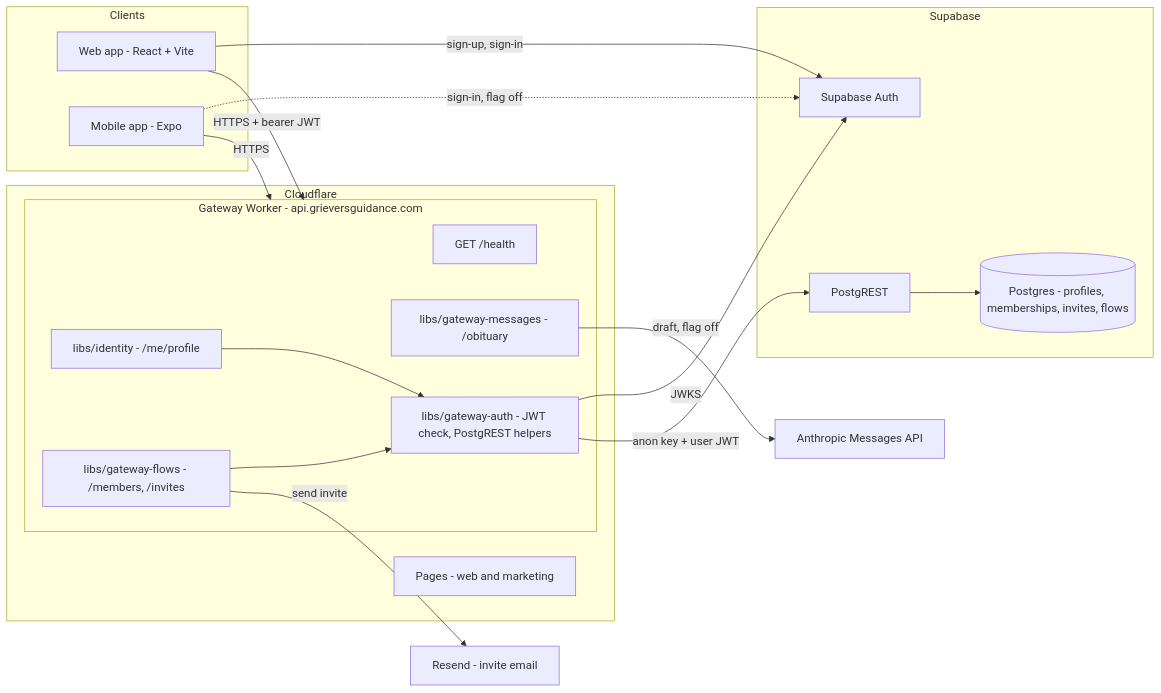
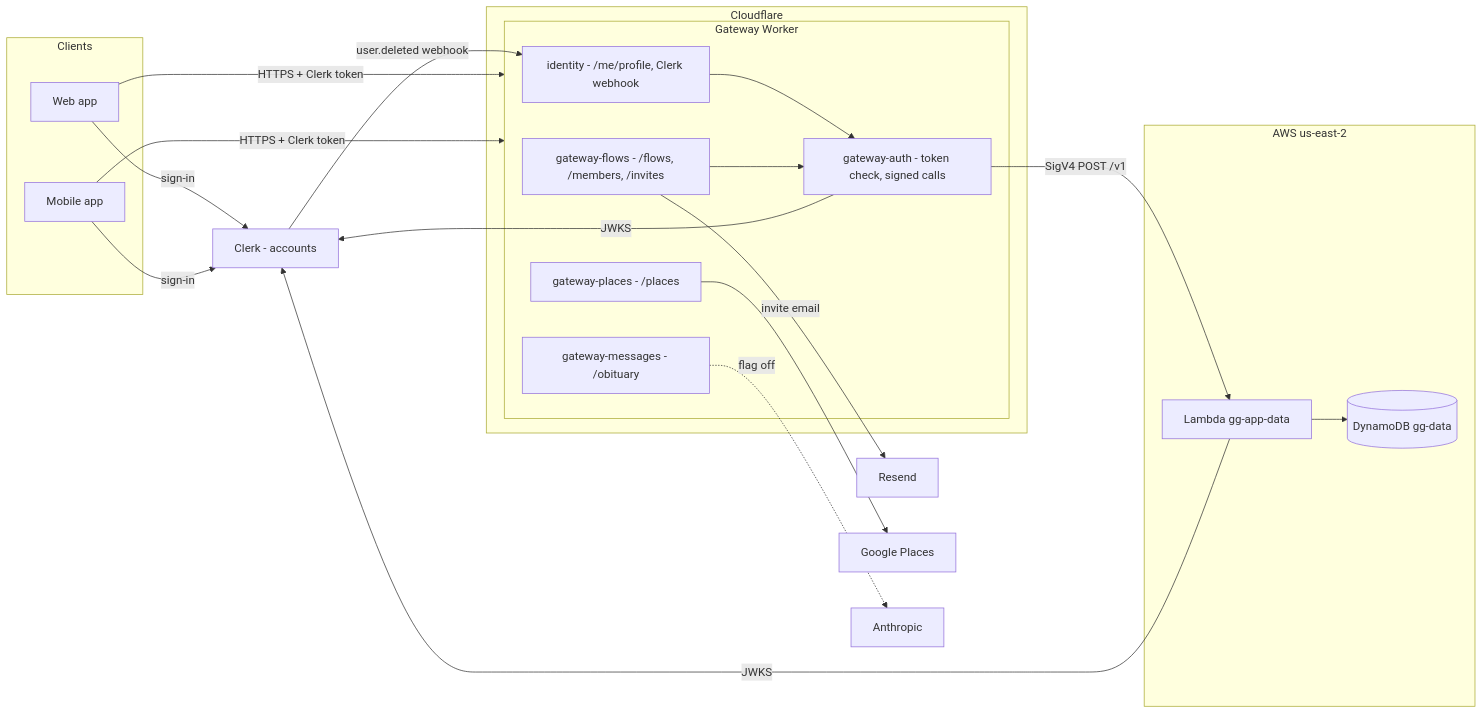
Before and after one commit to grieverguidetech/griever-guidance: the first of 8 diagrams in docs/backend-services.md, drawn with Mermaid. The commit also changed other lines of this file, not shown here.

Commit message:
docs: redraw backend-services diagrams for the AWS backend (#911)

````diff
--- a/docs/backend-services.md
+++ b/docs/backend-services.md
@@ -404,39 +337,43 @@
 ```mermaid
 flowchart LR
   subgraph Clients["Clients"]
-    WEB["Web app - React + Vite"]
-    MOB["Mobile app - Expo"]
+    WEB["Web app"]
+    MOB["Mobile app"]
   end
 
+  CLERK["Clerk - accounts"]
+
   subgraph CF["Cloudflare"]
-    PAGES["Pages - web and marketing"]
-    subgraph GW["Gateway Worker - api.grieversguidance.com"]
-      HEALTH["GET /health"]
-      ID["libs/identity - /me/profile"]
-      FLOWS["libs/gateway-flows - /members, /invites"]
-      MSG["libs/gateway-messages - /obituary"]
-      AUTH["libs/gateway-auth - JWT check, PostgREST helpers"]
+    subgraph GW["Gateway Worker"]
+      ID["identity - /me/profile, Clerk webhook"]
+      FLOWS["gateway-flows - /flows, /members, /invites"]
+      PLACES["gateway-places - /places"]
+      MSG["gateway-messages - /obituary"]
+      AUTH["gateway-auth - token check, signed calls"]
     end
   end
 
-  subgraph SB["Supabase"]
-    SBAUTH["Supabase Auth"]
-    REST["PostgREST"]
-    PG[("Postgres - profiles, memberships, invites, flows")]
+  subgraph AWS["AWS us-east-2"]
+    DATA["Lambda gg-app-data"]
+    DDB[("DynamoDB gg-data")]
   end
 
-  RESEND["Resend - invite email"]
-  ANTH["Anthropic Messages API"]
+  RESEND["Resend"]
+  GOOGLE["Google Places"]
+  ANTH["Anthropic"]
 
-  WEB -->|"sign-up, sign-in"| SBAUTH
-  MOB -.->|"sign-in, flag off"| SBAUTH
-  WEB -->|"HTTPS + bearer JWT"| GW
-  MOB -->|"HTTPS"| GW
+  WEB -->|"sign-in"| CLERK
+  MOB -->|"sign-in"| CLERK
+  WEB -->|"HTTPS + Clerk token"| GW
+  MOB -->|"HTTPS + Clerk token"| GW
+  CLERK -->|"user.deleted webhook"| ID
   ID --> AUTH
   FLOWS --> AUTH
-  AUTH -->|"JWKS"| SBAUTH
-  AUTH -->|"anon key + user JWT"| REST
-  REST --> PG
-  FLOWS -->|"send invite"| RESEND
-  MSG -->|"draft, flag off"| ANTH
+  AUTH -->|"JWKS"| CLERK
+  AUTH -->|"SigV4 POST /v1"| DATA
+  DATA -->|"JWKS"| CLERK
+  DATA --> DDB
+  FLOWS -->|"invite email"| RESEND
+  PLACES --> GOOGLE
+  MSG -.->|"flag off"| ANTH
 ```
````
